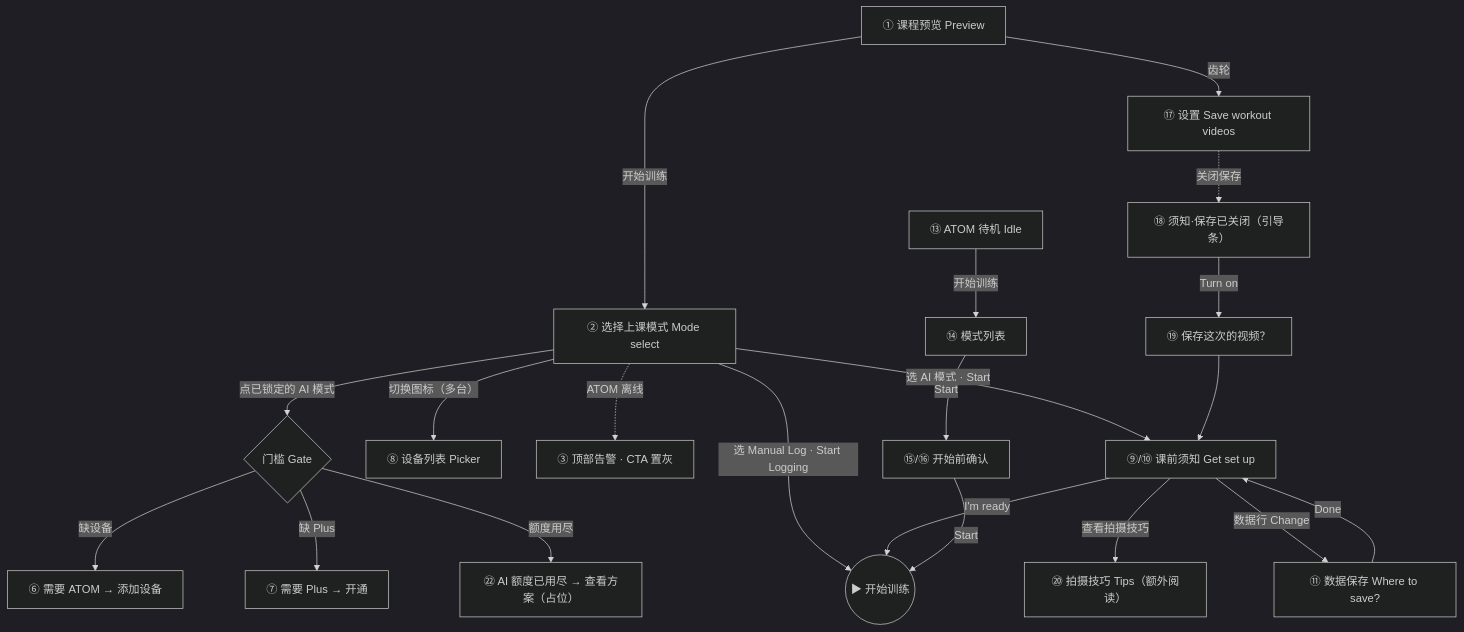
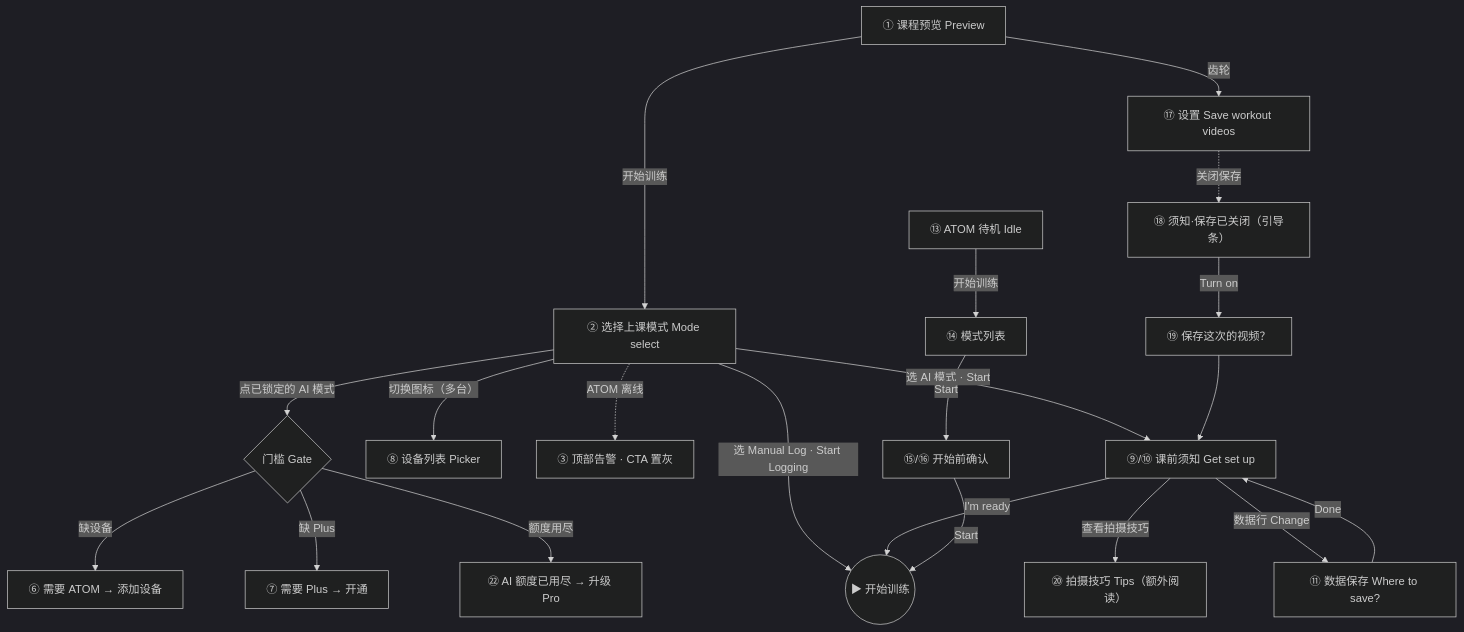
One commit to Alexis-Lin/ATOM-PreClass-ModeSelection changed the diagram in PRD 课前模式选择.md. Above: the diagram before and after it, drawn with Mermaid (dark theme). The commit also changed other lines of this file and 51 other files, not shown here.

````diff
--- a/PRD 课前模式选择.md
+++ b/PRD 课前模式选择.md
@@ -198,23 +198,23 @@
 ```mermaid
 flowchart TD
   P0["① 课程预览 Preview"] -->|开始训练| M["② 选择上课模式 Mode select"]
   M -->|点已锁定的 AI 模式| G{"门槛 Gate"}
   G -->|缺设备| G1["⑥ 需要 ATOM → 添加设备"]
   G -->|缺 Plus| G2["⑦ 需要 Plus → 开通"]
-  G -->|额度用尽| G3["㉒ AI 额度已用尽 → 查看方案（占位）"]
+  G -->|额度用尽| G3["㉒ AI 额度已用尽 → 升级 Pro"]
   M -->|切换图标（多台）| DP["⑧ 设备列表 Picker"]
   M -.->|ATOM 离线| OFF["③ 顶部告警 · CTA 置灰"]
   M -->|选 Manual Log · Start Logging| START(("▶ 开始训练"))
   M -->|选 AI 模式 · Start| N["⑨/⑩ 课前须知 Get set up"]
   N -->|查看拍摄技巧| T["⑳ 拍摄技巧 Tips（额外阅读）"]
   N -->|数据行 Change| D["⑪ 数据保存 Where to save?"]
   D -->|Done| N
   N -->|I'm ready| START
   P0 -->|齿轮| S["⑰ 设置 Save workout videos"]
   S -.->|关闭保存| N2["⑱ 须知·保存已关闭（引导条）"]
   N2 -->|Turn on| INV["⑲ 保存这次的视频？"]
   INV --> N
   A0["⑬ ATOM 待机 Idle"] -->|开始训练| AM["⑭ 模式列表"]
   AM -->|Start| AC["⑮/⑯ 开始前确认"]
   AC -->|Start| START
 ```
````
